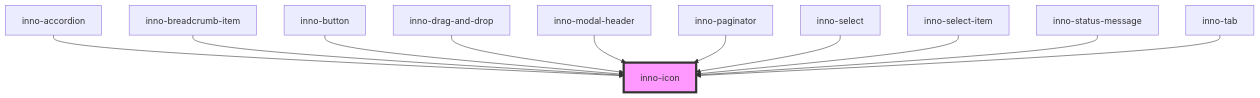
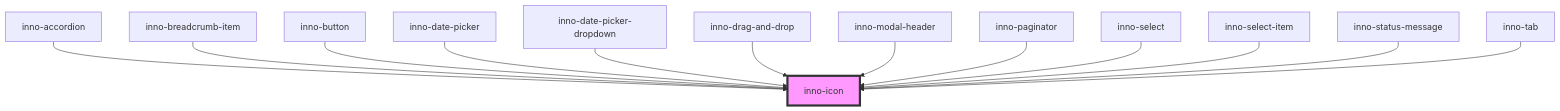
One commit to innomotics/brand-experience changed the diagram in packages/stencil-lib/src/components/inno-icon/readme.md. Above: the diagram before and after it, drawn with Mermaid. The commit also changed other lines of this file and 31 other files, not shown here.

Commit message:
Add inno-date-picker

````diff
--- a/packages/stencil-lib/src/components/inno-icon/readme.md
+++ b/packages/stencil-lib/src/components/inno-icon/readme.md
@@ -108,14 +110,16 @@
 ```mermaid
 graph TD;
   inno-accordion --> inno-icon
   inno-breadcrumb-item --> inno-icon
   inno-button --> inno-icon
+  inno-date-picker --> inno-icon
+  inno-date-picker-dropdown --> inno-icon
   inno-drag-and-drop --> inno-icon
   inno-modal-header --> inno-icon
   inno-paginator --> inno-icon
   inno-select --> inno-icon
   inno-select-item --> inno-icon
   inno-status-message --> inno-icon
   inno-tab --> inno-icon
   style inno-icon fill:#f9f,stroke:#333,stroke-width:4px
 ```
````
